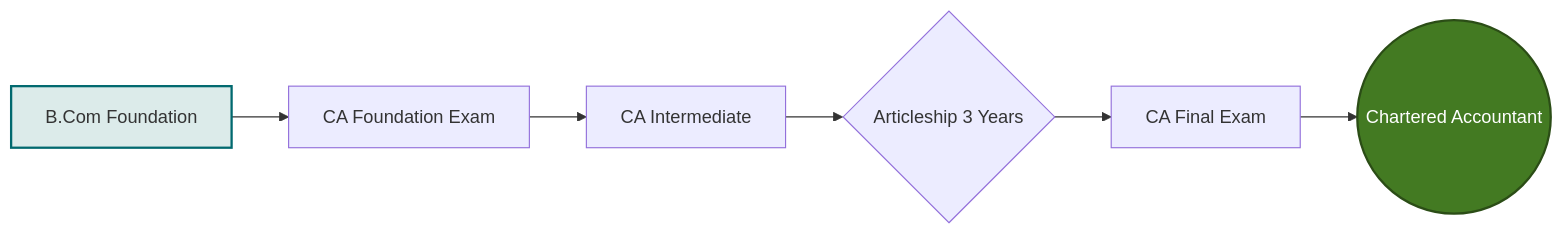
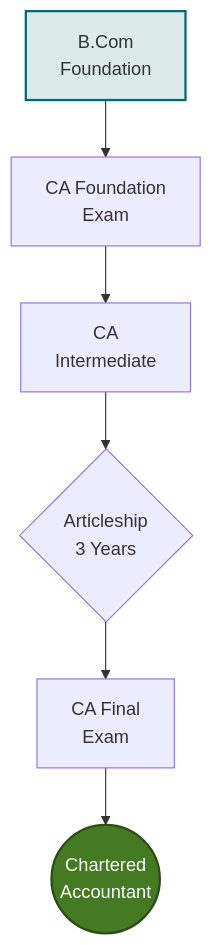
The first of 3 diagrams in curriculum-app/src/content/lessons/ug/bcom/sem5/week17.md (the-career-breweries/softskills_studio), drawn with Mermaid before and after one commit. The commit also changed other lines of this file and 1 other file, not shown here.

Commit message:
fix: re-enable mermaid htmlLabels to support line breaks and prevent SVG text clipping, and split roadmap node text across multiple lines as requested

````diff
--- a/curriculum-app/src/content/lessons/ug/bcom/sem5/week17.md
+++ b/curriculum-app/src/content/lessons/ug/bcom/sem5/week17.md
@@ -24,11 +24,11 @@
 ```mermaid
-flowchart LR
-    A[B.Com Foundation] --> B[CA Foundation Exam]
-    B --> C[CA Intermediate]
-    C --> D{Articleship 3 Years}
-    D --> E[CA Final Exam]
-    E --> F((Chartered Accountant))
+flowchart TD
+    A[B.Com<br/>Foundation] --> B[CA Foundation<br/>Exam]
+    B --> C[CA<br/>Intermediate]
+    C --> D{Articleship<br/>3 Years}
+    D --> E[CA Final<br/>Exam]
+    E --> F((Chartered<br/>Accountant))
     
     style A fill:#dcebea,stroke:#01696f,stroke-width:2px
     style F fill:#437a22,stroke:#2b4d16,stroke-width:2px,color:#fff
 ```
````
